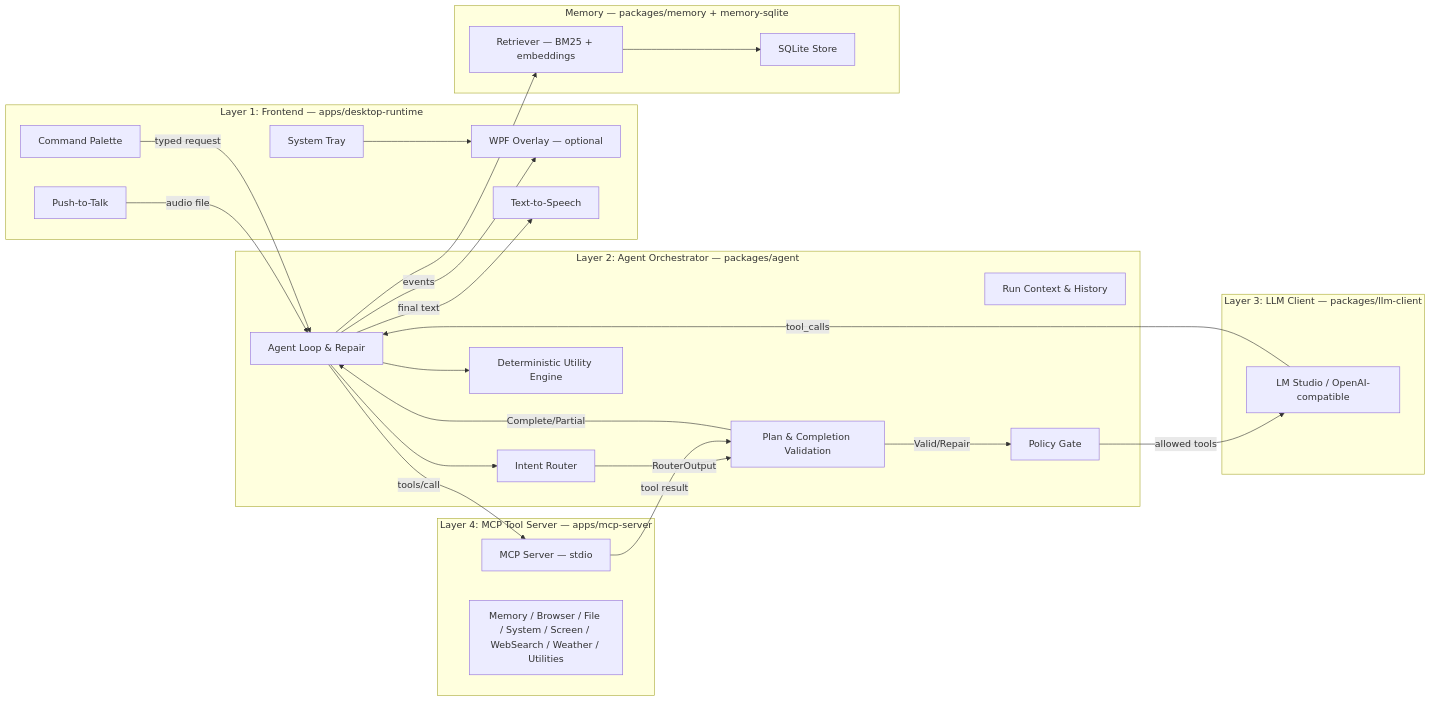
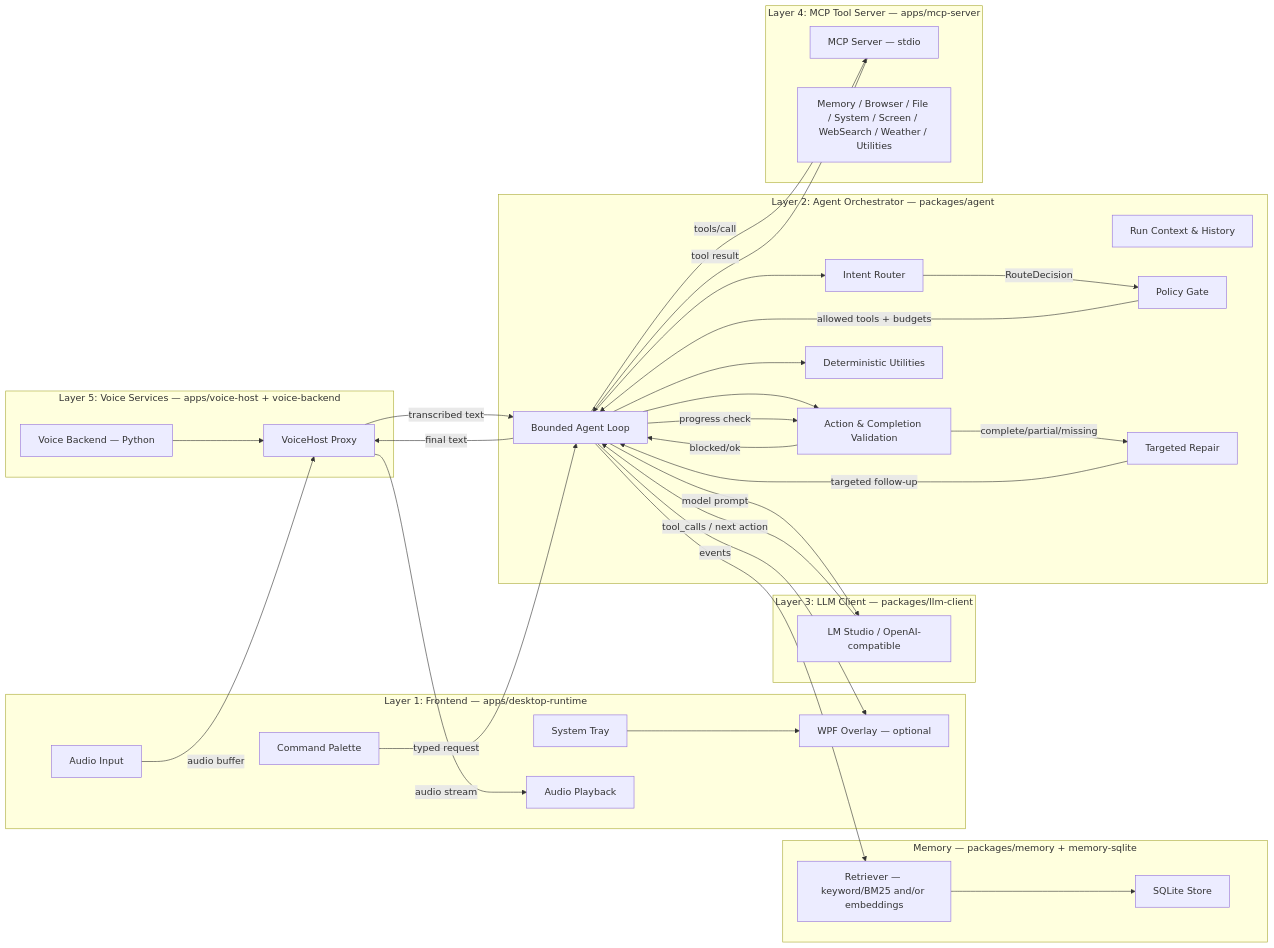
One commit to raydeStar/sir-thaddeus changed the diagram in README.md. Above: the diagram before and after it, drawn with Mermaid. The commit also changed other lines of this file and 87 other files, not shown here.

````diff
--- a/README.md
+++ b/README.md
@@ -123,48 +129,69 @@
 ```mermaid
 flowchart LR
   subgraph frontend [Layer 1: Frontend — apps/desktop-runtime]
     Tray[System Tray]
     Overlay[WPF Overlay — optional]
-    PTT[Push-to-Talk]
-    TTS[Text-to-Speech]
+    PTT[Audio Input]
+    Playback[Audio Playback]
     Palette[Command Palette]
   end
 
   subgraph agent [Layer 2: Agent Orchestrator — packages/agent]
-    Loop[Agent Loop & Repair]
+    Loop[Bounded Agent Loop]
     Context[Run Context & History]
     Router[Intent Router]
     Gate[Policy Gate]
-    Validation[Plan & Completion Validation]
-    Utilities[Deterministic Utility Engine]
+    Validate[Action & Completion Validation]
+    Repair[Targeted Repair]
+    Utilities[Deterministic Utilities]
   end
 
   subgraph llm [Layer 3: LLM Client — packages/llm-client]
     LmStudio[LM Studio / OpenAI-compatible]
   end
 
   subgraph memory [Memory — packages/memory + memory-sqlite]
     Store[SQLite Store]
-    Retriever[Retriever — BM25 + embeddings]
+    Retriever[Retriever — keyword/BM25 and/or embeddings]
   end
 
   subgraph mcp [Layer 4: MCP Tool Server — apps/mcp-server]
     Server[MCP Server — stdio]
     Tools[Memory / Browser / File / System / Screen / WebSearch / Weather / Utilities]
   end
 
-  PTT -->|audio file| Loop
+  subgraph voice [Layer 5: Voice Services — apps/voice-host + voice-backend]
+    VoiceHost[VoiceHost Proxy]
+    VoiceBackend[Voice Backend — Python]
+    VoiceBackend --> VoiceHost
+  end
+
+  PTT -->|audio buffer| VoiceHost
+  VoiceHost -->|transcribed text| Loop
   Palette -->|typed request| Loop
-  Loop --> Router -->|RouterOutput| Validation
-  Validation -->|Valid/Repair| Gate
-  Gate -->|allowed tools| LmStudio
-  LmStudio -->|tool_calls| Loop
+
+  Loop --> Router -->|RouteDecision| Gate
+  Gate -->|allowed tools + budgets| Loop
+
+  Loop -->|model prompt| LmStudio
+  LmStudio -->|tool_calls / next action| Loop
+
+  Loop --> Validate
+  Validate -->|blocked/ok| Loop
+
   Loop -->|tools/call| Server
-  Server -->|tool result| Validation
-  Validation -->|Complete/Partial| Loop
+  Server -->|tool result| Loop
+
+  Loop -->|progress check| Validate
+  Validate -->|complete/partial/missing| Repair
+  Repair -->|targeted follow-up| Loop
+
   Loop --> Retriever --> Store
   Loop --> Utilities
-  Loop -->|final text| TTS
+
+  Loop -->|final text| VoiceHost
+  VoiceHost -->|audio stream| Playback
+
   Loop -->|events| Overlay
   Tray --> Overlay
 ```
````
